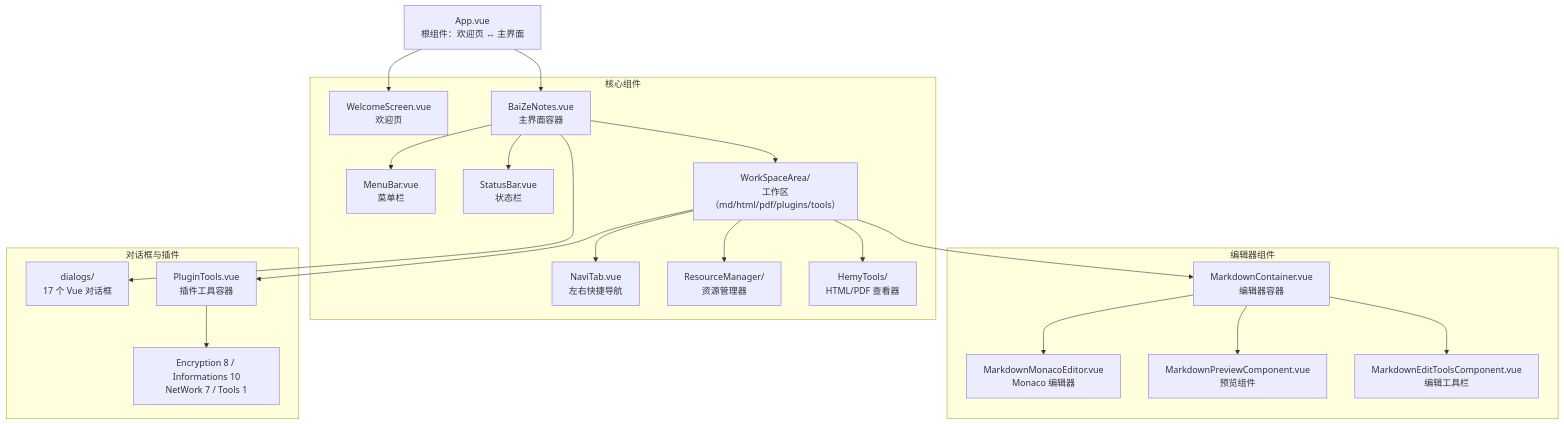
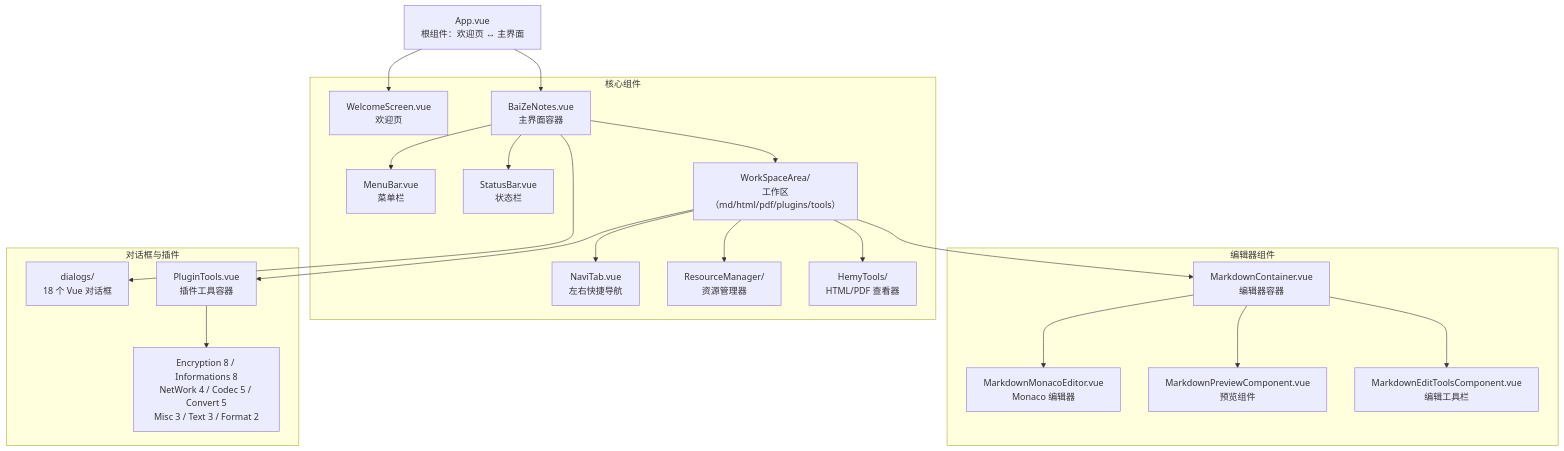
Before and after one commit to hemy08/BaiZeNotesByVue: the fifth of 34 diagrams in docs/wiki/02-设计与架构/架构文档.md, drawn with Mermaid. The commit also changed other lines of this file and 21 other files, not shown here.

````diff
--- a/docs/wiki/02-设计与架构/架构文档.md
+++ b/docs/wiki/02-设计与架构/架构文档.md
@@ -267,48 +267,48 @@
 ```mermaid
 graph TB
     App[App.vue<br/>根组件：欢迎页 ↔ 主界面]
     
     subgraph 核心组件
         Welcome[WelcomeScreen.vue<br/>欢迎页]
         Main[BaiZeNotes.vue<br/>主界面容器]
         MenuBar[MenuBar.vue<br/>菜单栏]
         StatusBar[StatusBar.vue<br/>状态栏]
         WorkSpace[WorkSpaceArea/<br/>工作区（md/html/pdf/plugins/tools）]
         NaviTab[NaviTab.vue<br/>左右快捷导航]
         ResourceManager[ResourceManager/<br/>资源管理器]
         HemyTools[HemyTools/<br/>HTML/PDF 查看器]
     end
     
     subgraph 编辑器组件
         MarkdownContainer[MarkdownContainer.vue<br/>编辑器容器]
         MonacoEditor[MarkdownMonacoEditor.vue<br/>Monaco 编辑器]
         Preview[MarkdownPreviewComponent.vue<br/>预览组件]
         EditTools[MarkdownEditToolsComponent.vue<br/>编辑工具栏]
     end
     
     subgraph 对话框与插件
-        VueDialogs[dialogs/<br/>17 个 Vue 对话框]
+        VueDialogs[dialogs/<br/>18 个 Vue 对话框]
         PluginTools[PluginTools.vue<br/>插件工具容器]
-        Tools26[Encryption 8 / Informations 10<br/>NetWork 7 / Tools 1]
+        Tools38[Encryption 8 / Informations 8<br/>NetWork 4 / Codec 5 / Convert 5<br/>Misc 3 / Text 3 / Format 2]
     end
     
     App --> Welcome
     App --> Main
     
     Main --> MenuBar
     Main --> StatusBar
     Main --> WorkSpace
     Main --> VueDialogs
     
     WorkSpace --> NaviTab
     WorkSpace --> ResourceManager
     WorkSpace --> MarkdownContainer
     WorkSpace --> HemyTools
     WorkSpace --> PluginTools
     
     MarkdownContainer --> MonacoEditor
     MarkdownContainer --> Preview
     MarkdownContainer --> EditTools
     
-    PluginTools --> Tools26
+    PluginTools --> Tools38
 ```
````
